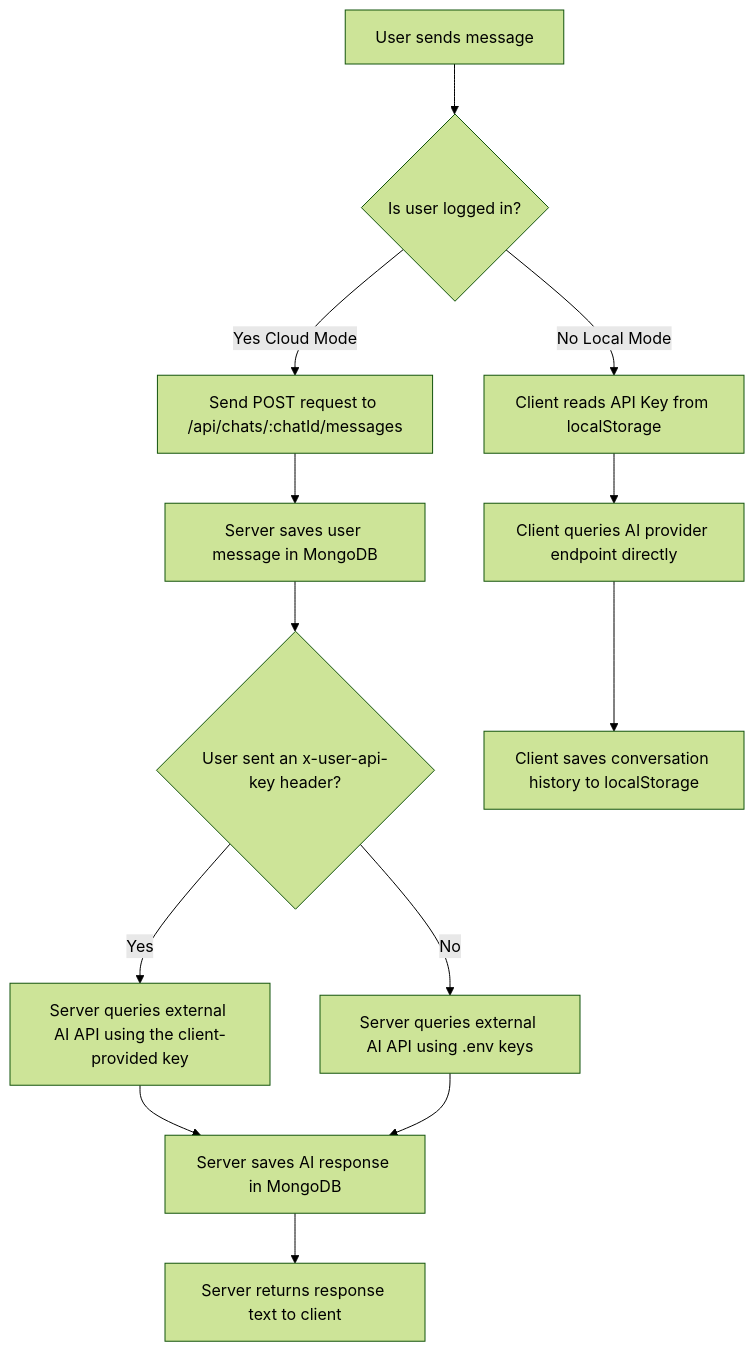
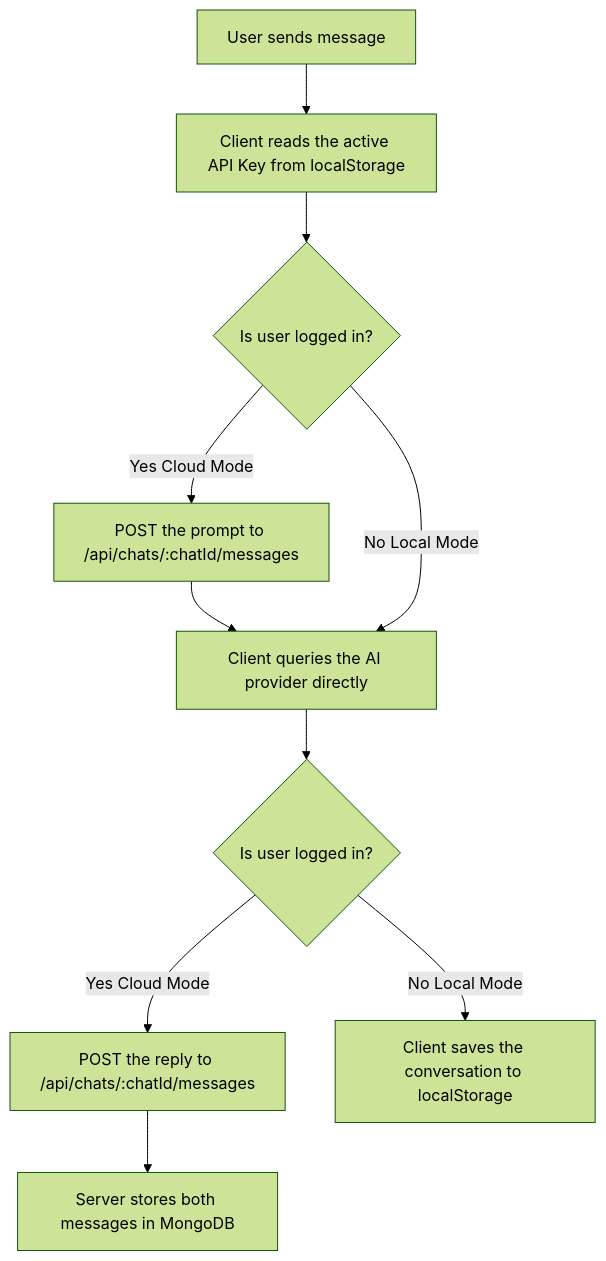
The diagram in README.md (gabrielcbmdaa/switchat), drawn with Mermaid (forest theme) before and after one commit. The commit also changed other lines of this file and 2 other files, not shown here.

````diff
--- a/README.md
+++ b/README.md
@@ -167,17 +206,14 @@
 ```mermaid
 graph TD
-    A[User sends message] --> B{Is user logged in?}
-    
-    B -->|Yes Cloud Mode| C[Send POST request to /api/chats/:chatId/messages]
-    C --> D[Server saves user message in MongoDB]
-    D --> E{User sent an x-user-api-key header?}
-    E -->|Yes| E1[Server queries external AI API using the client-provided key]
-    E -->|No| E2[Server queries external AI API using .env keys]
-    E1 --> F[Server saves AI response in MongoDB]
-    E2 --> F
-    F --> G[Server returns response text to client]
-    
-    B -->|No Local Mode| H[Client reads API Key from localStorage]
-    H --> I[Client queries AI provider endpoint directly]
-    I --> J[Client saves conversation history to localStorage]
+    A[User sends message] --> B[Client reads the active API Key from localStorage]
+    B --> C{Is user logged in?}
+
+    C -->|Yes Cloud Mode| D[POST the prompt to /api/chats/:chatId/messages]
+    D --> E[Client queries the AI provider directly]
+    C -->|No Local Mode| E
+
+    E --> F{Is user logged in?}
+    F -->|Yes Cloud Mode| G[POST the reply to /api/chats/:chatId/messages]
+    G --> H[Server stores both messages in MongoDB]
+    F -->|No Local Mode| I[Client saves the conversation to localStorage]
 ```
````
